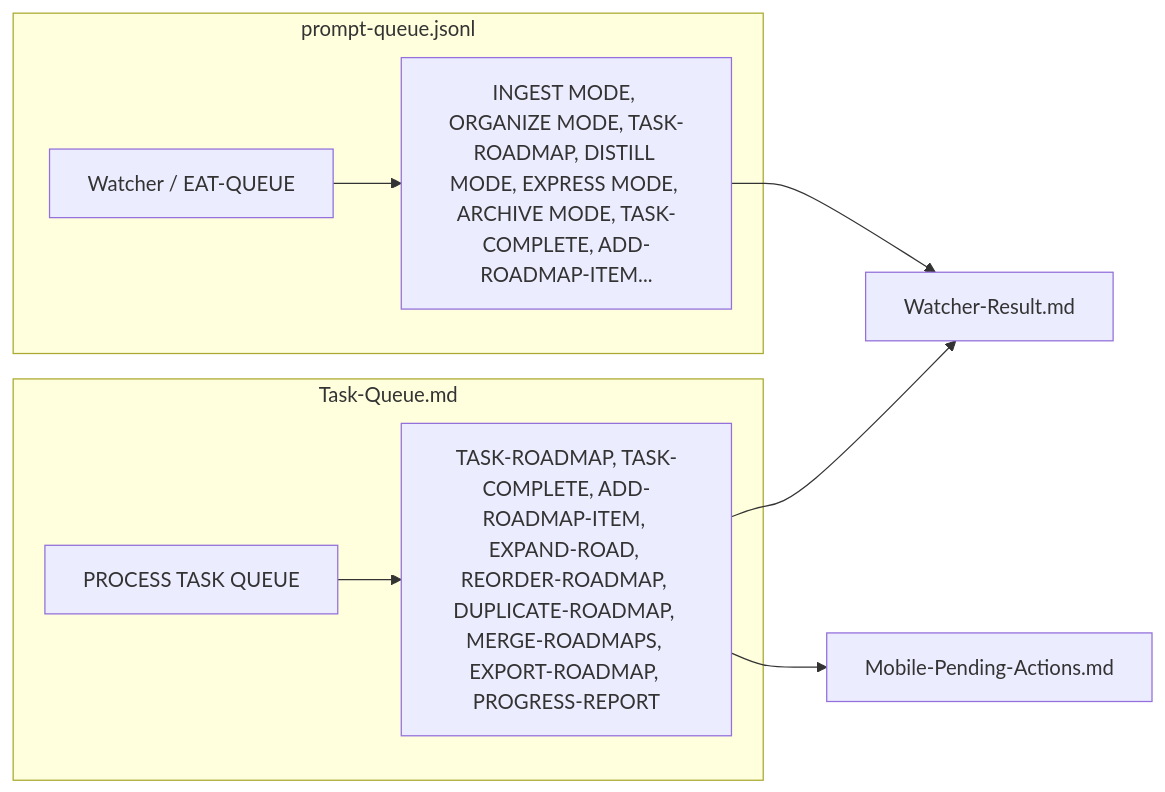
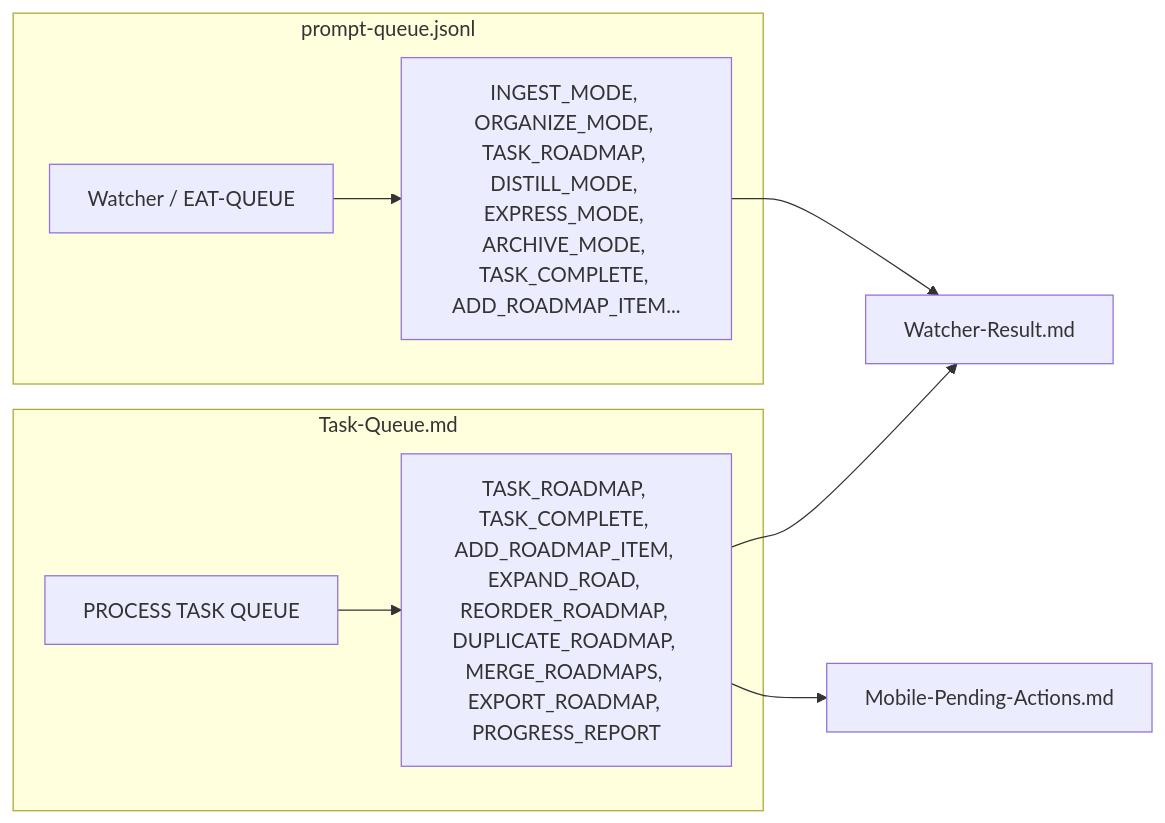
The second of 3 diagrams in 3-Resources/Second-Brain/Queue-Sources.md (L0RDTH0TH/genesis-mythos-master-roadmap), drawn with Mermaid before and after one commit. The commit also changed other lines of this file and 3337 other files, not shown here.

````diff
--- a/3-Resources/Second-Brain/Queue-Sources.md
+++ b/3-Resources/Second-Brain/Queue-Sources.md
@@ -128,16 +382,16 @@
 ```mermaid
 flowchart LR
   subgraph entry1 [prompt-queue.jsonl]
     E1[Watcher / EAT-QUEUE]
-    M1[INGEST MODE, ORGANIZE MODE, TASK-ROADMAP, DISTILL MODE, EXPRESS MODE, ARCHIVE MODE, TASK-COMPLETE, ADD-ROADMAP-ITEM...]
+    M1[INGEST_MODE, ORGANIZE_MODE, TASK_ROADMAP, DISTILL_MODE, EXPRESS_MODE, ARCHIVE_MODE, TASK_COMPLETE, ADD_ROADMAP_ITEM...]
   end
   subgraph entry2 [Task-Queue.md]
     E2[PROCESS TASK QUEUE]
-    M2[TASK-ROADMAP, TASK-COMPLETE, ADD-ROADMAP-ITEM, EXPAND-ROAD, REORDER-ROADMAP, DUPLICATE-ROADMAP, MERGE-ROADMAPS, EXPORT-ROADMAP, PROGRESS-REPORT]
+    M2[TASK_ROADMAP, TASK_COMPLETE, ADD_ROADMAP_ITEM, EXPAND_ROAD, REORDER_ROADMAP, DUPLICATE_ROADMAP, MERGE_ROADMAPS, EXPORT_ROADMAP, PROGRESS_REPORT]
   end
   E1 --> M1
   E2 --> M2
   M1 --> WR[Watcher-Result.md]
   M2 --> WR
   M2 --> Mobile[Mobile-Pending-Actions.md]
 ```
````
